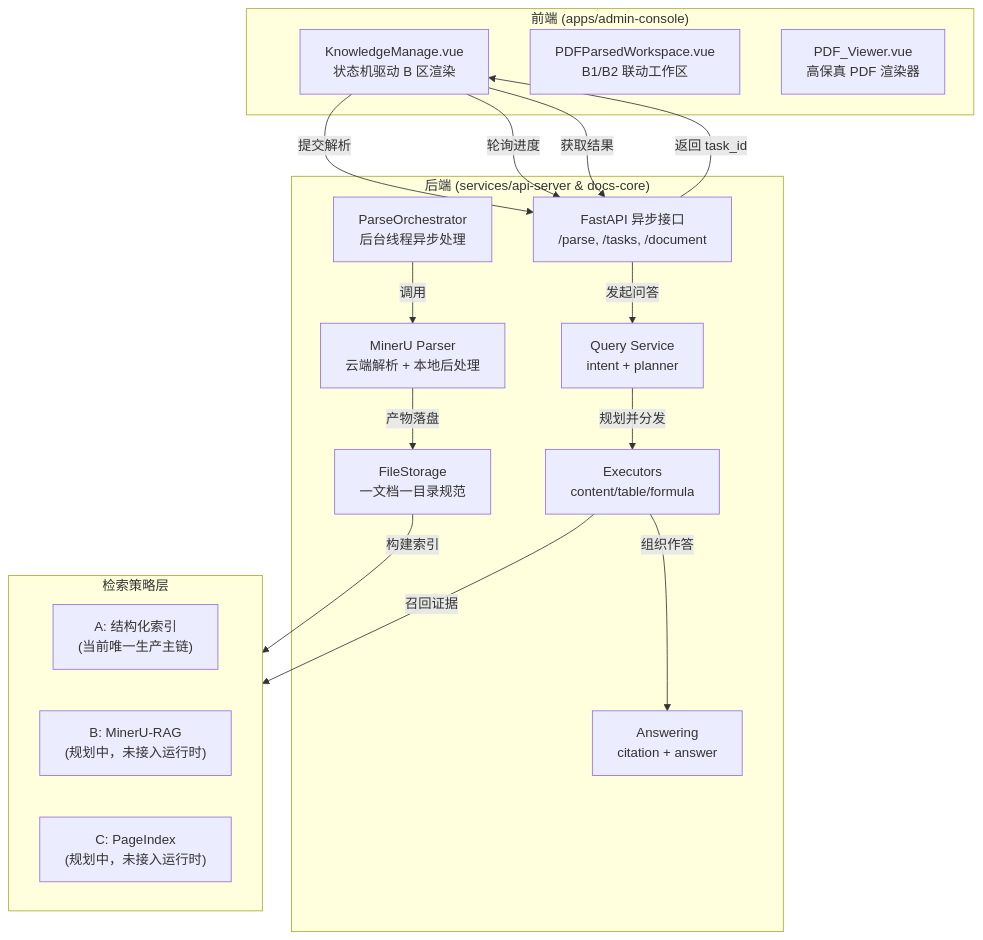
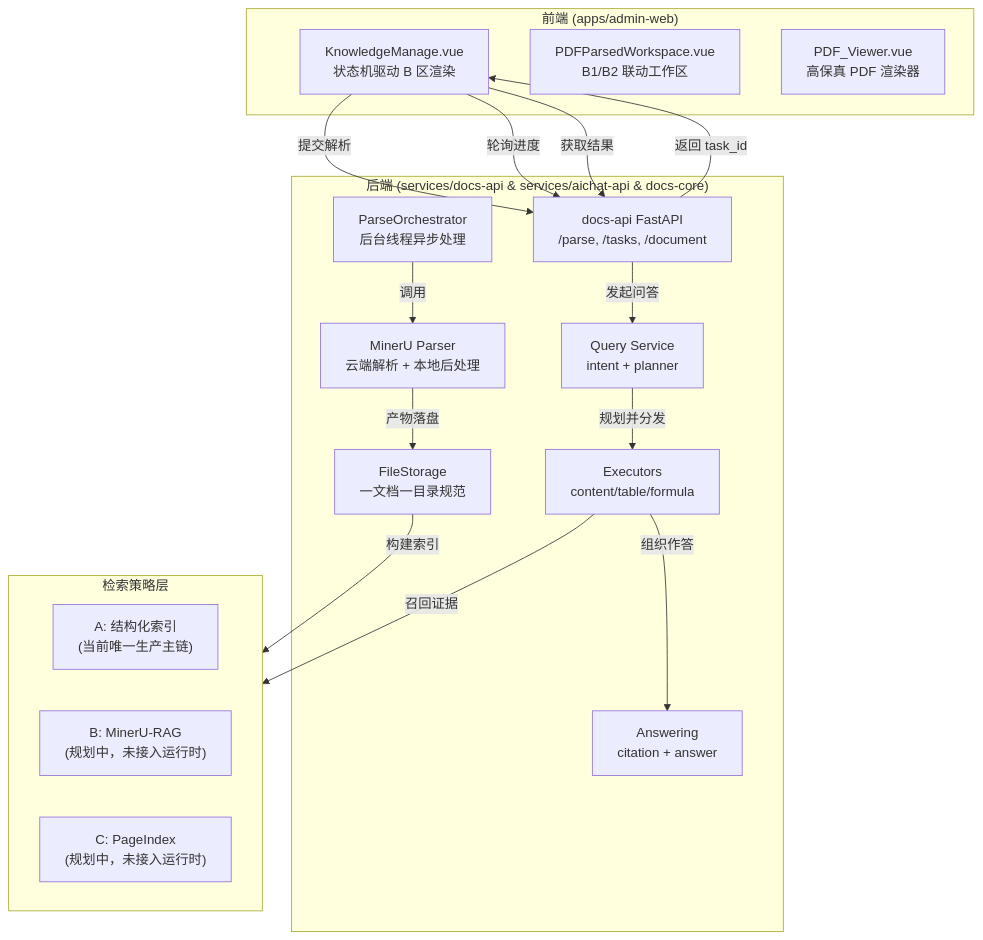
Before and after one commit to 0mao0/AnGIneer: the fourth of 6 diagrams in docs/apps-techniques.md, drawn with Mermaid. The commit also changed other lines of this file and 6 other files, not shown here.

Commit message:
docs: align historical docs with docs-api/aichat-api split

````diff
--- a/docs/apps-techniques.md
+++ b/docs/apps-techniques.md
@@ -231,36 +237,36 @@
 ```mermaid
 flowchart TD
-    subgraph Frontend["前端 (apps/admin-console)"]
+    subgraph Frontend["前端 (apps/admin-web)"]
         KM["KnowledgeManage.vue\n状态机驱动 B 区渲染"]
         DPW["PDFParsedWorkspace.vue\nB1/B2 联动工作区"]
         PV["PDF_Viewer.vue\n高保真 PDF 渲染器"]
     end
 
-    subgraph Backend["后端 (services/api-server & docs-core)"]
-        API["FastAPI 异步接口\n/parse, /tasks, /document"]
+    subgraph Backend["后端 (services/docs-api & services/aichat-api & docs-core)"]
+        API["docs-api FastAPI\n/parse, /tasks, /document"]
         Task["ParseOrchestrator\n后台线程异步处理"]
         Parser["MinerU Parser\n云端解析 + 本地后处理"]
         Storage["FileStorage\n一文档一目录规范"]
         Query["Query Service\nintent + planner"]
         Executors["Executors\ncontent/table/formula"]
         Answering["Answering\ncitation + answer"]
     end
 
     subgraph Strategy["检索策略层"]
         SA["A: 结构化索引\n(当前唯一生产主链)"]
         SB["B: MinerU-RAG\n(规划中，未接入运行时)"]
         SC["C: PageIndex\n(规划中，未接入运行时)"]
     end
 
     KM -- 提交解析 --> API
     API -- 返回 task_id --> KM
     KM -- 轮询进度 --> API
     Task -- 调用 --> Parser
     Parser -- 产物落盘 --> Storage
     Storage -- 构建索引 --> Strategy
     API -- 发起问答 --> Query
     Query -- 规划并分发 --> Executors
     Executors -- 召回证据 --> Strategy
     Executors -- 组织作答 --> Answering
     KM -- 获取结果 --> API
 ```
````
